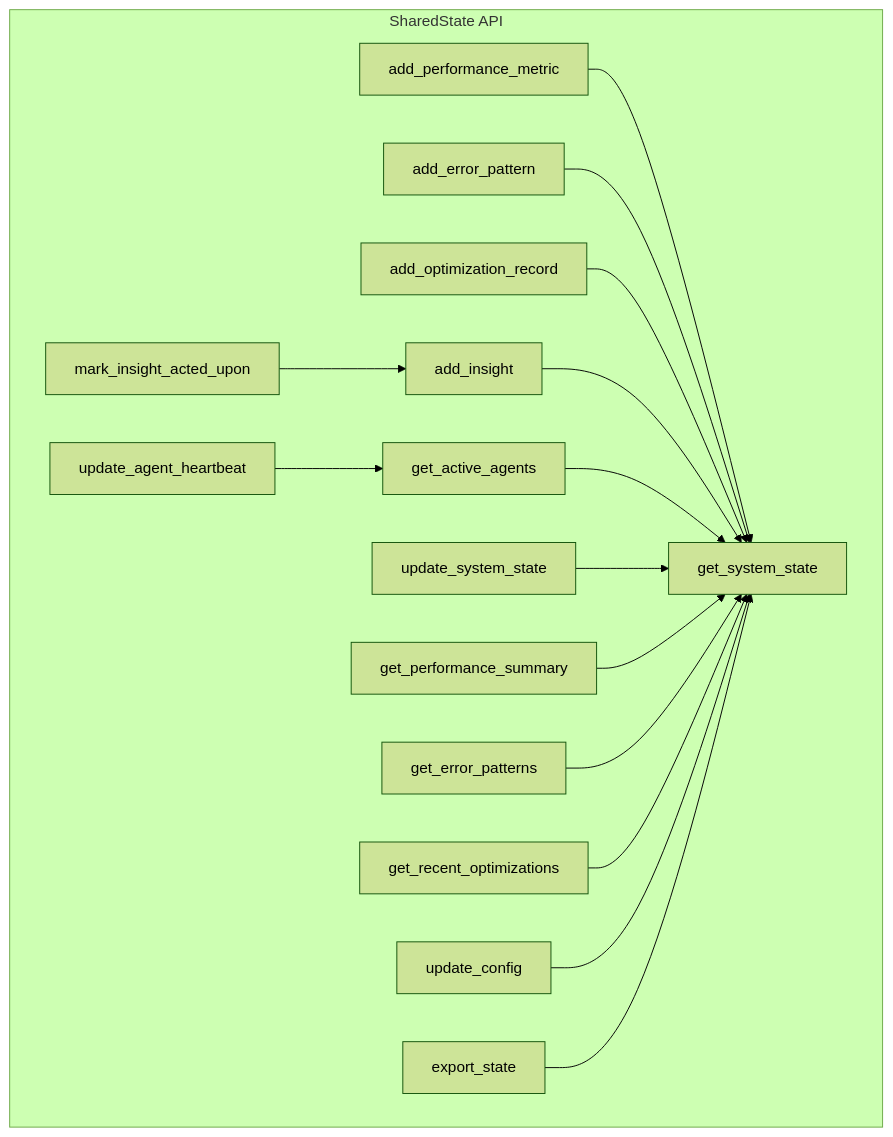
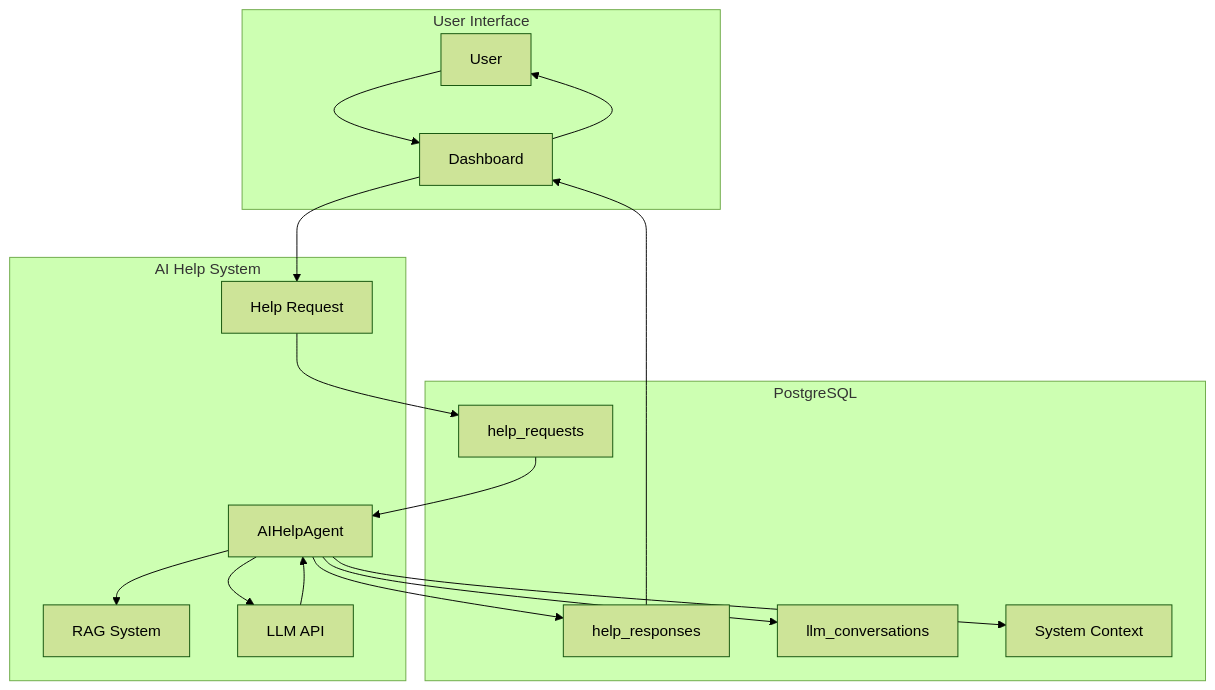
Before and after one commit to Kausiukas/System-Reference: the third of 4 diagrams in shared_state.md, drawn with Mermaid (forest theme). The commit also changed other lines of this file, not shown here.

````diff
--- a/shared_state.md
+++ b/shared_state.md
@@ -115,32 +188,34 @@
 ```mermaid
 flowchart TD
-    subgraph SharedState API
-        S1[add_performance_metric]
-        S2[add_error_pattern]
-        S3[add_optimization_record]
-        S4[add_insight]
-        S5[update_agent_heartbeat]
-        S6[get_active_agents]
-        S7[get_system_state]
-        S8[update_system_state]
-        S9[get_performance_summary]
-        S10[get_error_patterns]
-        S11[get_recent_optimizations]
-        S12[mark_insight_acted_upon]
-        S13[update_config]
-        S14[export_state]
+    subgraph User Interface
+        U[User]
+        D[Dashboard]
     end
-    S1 --> S7
-    S2 --> S7
-    S3 --> S7
-    S4 --> S7
-    S5 --> S6
-    S6 --> S7
-    S8 --> S7
-    S9 --> S7
-    S10 --> S7
-    S11 --> S7
-    S12 --> S4
-    S13 --> S7
-    S14 --> S7
+    
+    subgraph AI Help System
+        HR[Help Request]
+        AI[AIHelpAgent]
+        RAG[RAG System]
+        LLM[LLM API]
+    end
+    
+    subgraph PostgreSQL
+        HRT[help_requests]
+        HRS[help_responses]
+        LLC[llm_conversations]
+        SC[System Context]
+    end
+    
+    U --> D
+    D --> HR
+    HR --> HRT
+    HRT --> AI
+    AI --> SC
+    AI --> RAG
+    AI --> LLM
+    LLM --> AI
+    AI --> HRS
+    AI --> LLC
+    HRS --> D
+    D --> U
 ```
````
